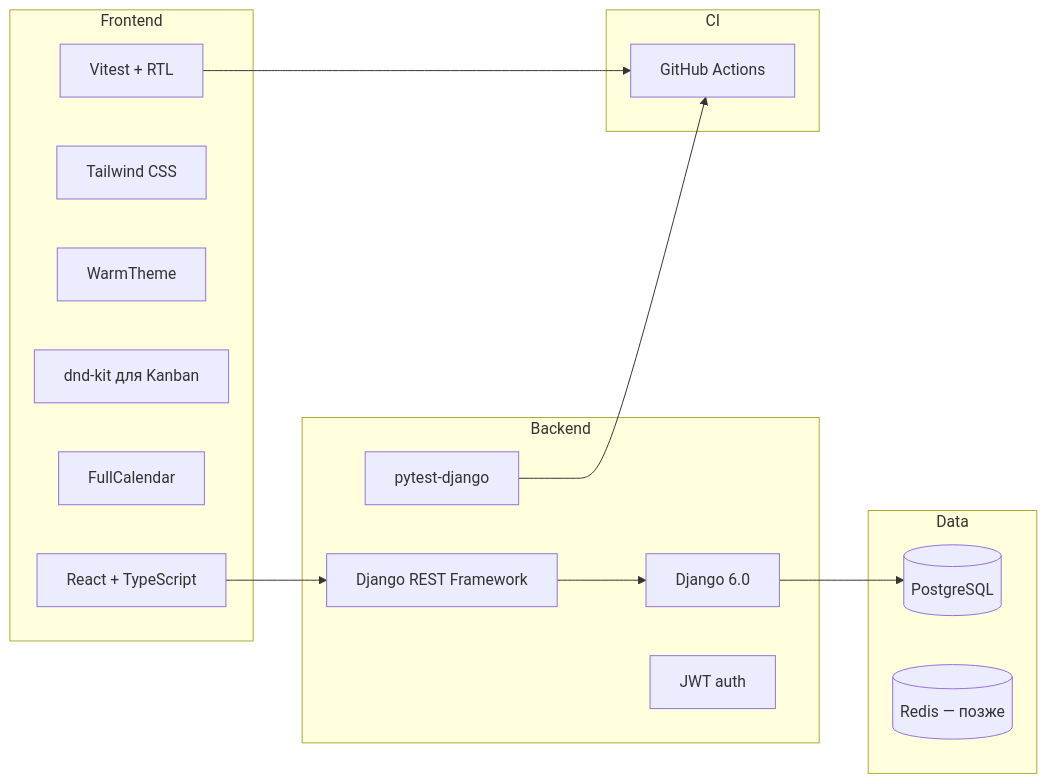
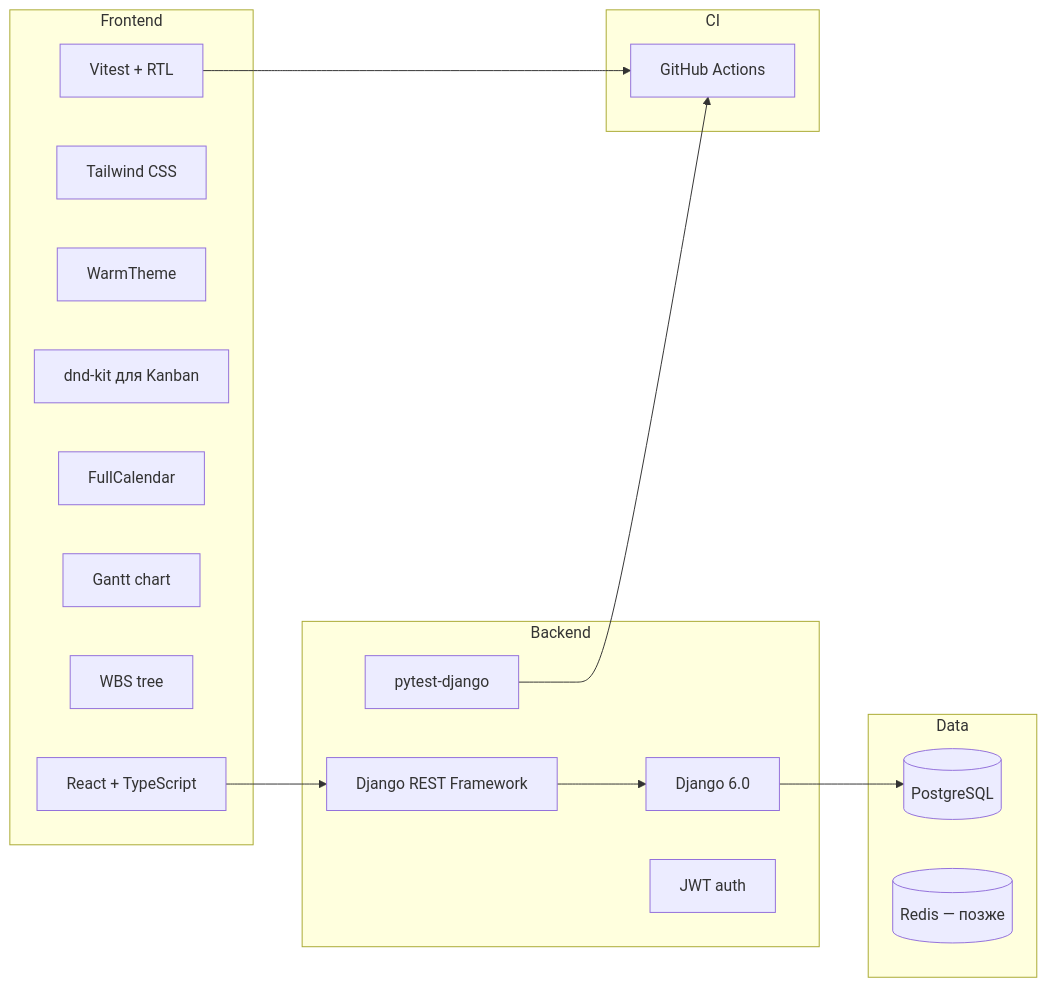
Before and after one commit to Scykorr/fast_plan: the first of 4 diagrams in PLAN.md, drawn with Mermaid. The commit also changed other lines of this file, not shown here.

First line of the commit message:
docs(plan): expand phase 5 PMBOK roadmap

````diff
--- a/PLAN.md
+++ b/PLAN.md
@@ -34,29 +42,31 @@
 ```mermaid
 flowchart LR
     subgraph client [Frontend]
         React[React + TypeScript]
         Tailwind[Tailwind CSS]
         Theme[WarmTheme]
         DnD[dnd-kit для Kanban]
         Cal[FullCalendar]
+        Gantt[Gantt chart]
+        WBS[WBS tree]
         Vitest[Vitest + RTL]
     end
     subgraph server [Backend]
         Django[Django 6.0]
         DRF[Django REST Framework]
         JWT[JWT auth]
         Pytest[pytest-django]
     end
     subgraph data [Data]
         PG[(PostgreSQL)]
         Redis[(Redis — позже)]
     end
     subgraph ci [CI]
         GH[GitHub Actions]
     end
     React --> DRF
     DRF --> Django
     Django --> PG
     Pytest --> GH
     Vitest --> GH
 ```
````
